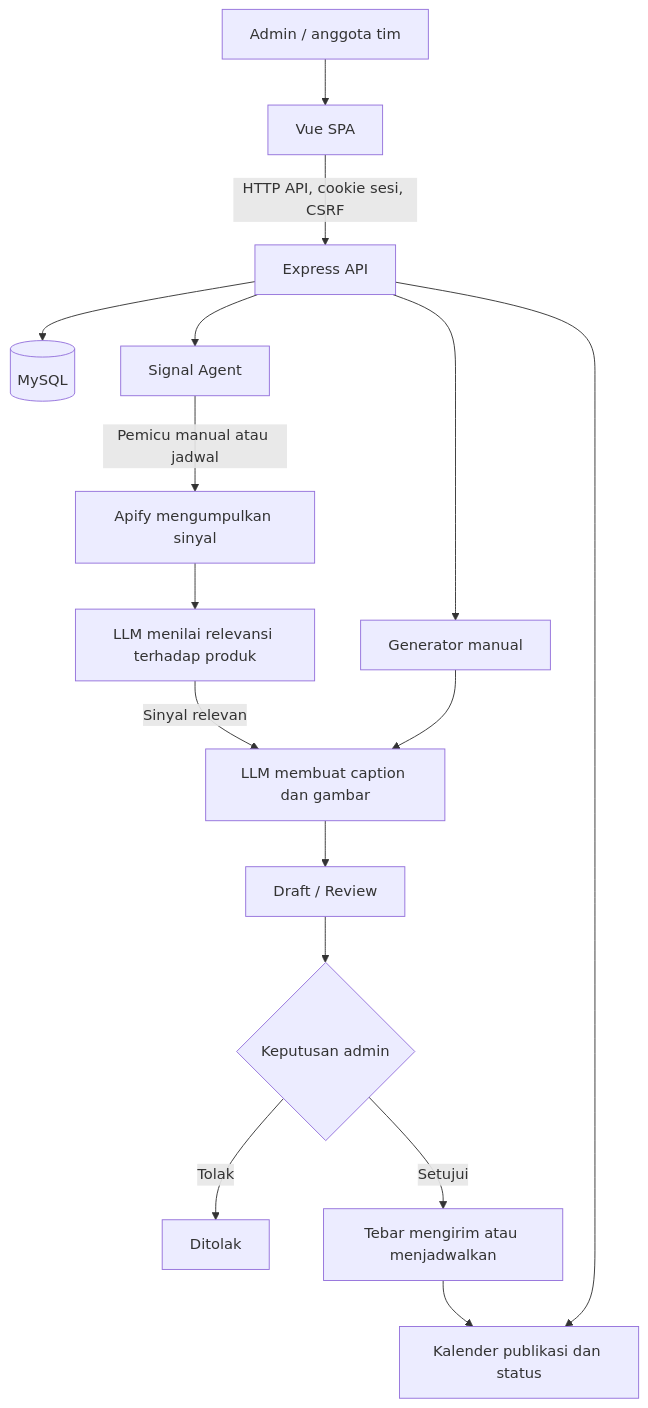
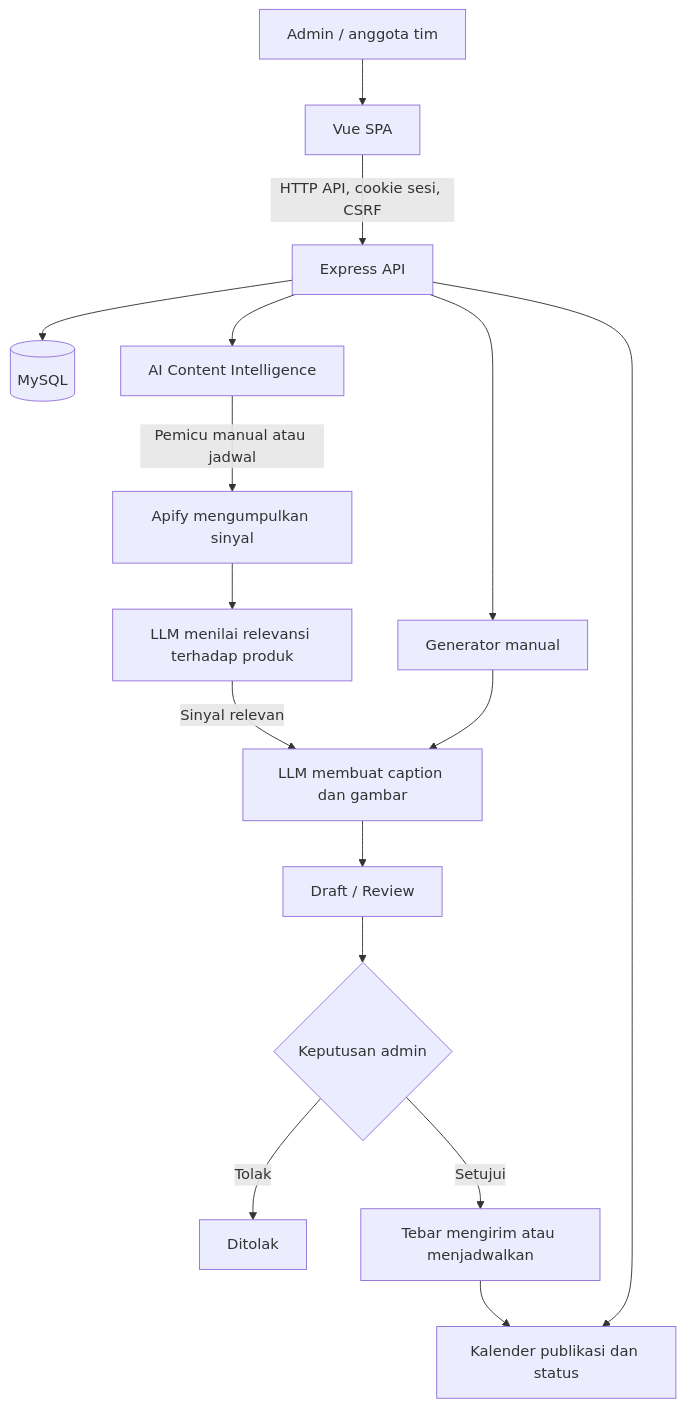
Before and after one commit to Septiodwi/Pulse-AI: the third of 5 diagrams in README.md, drawn with Mermaid. The commit also changed other lines of this file and 17 other files, not shown here.

````diff
--- a/README.md
+++ b/README.md
@@ -94,18 +94,18 @@
 ```mermaid
 flowchart TD
     U["Admin / anggota tim"] --> FE["Vue SPA"]
     FE -->|"HTTP API, cookie sesi, CSRF"| BE["Express API"]
     BE --> DB[("MySQL")]
     BE --> M["Generator manual"]
-    BE --> S["Signal Agent"]
+    BE --> S["AI Content Intelligence"]
     S -->|"Pemicu manual atau jadwal"| A["Apify mengumpulkan sinyal"]
     A --> R["LLM menilai relevansi terhadap produk"]
     R -->|"Sinyal relevan"| G["LLM membuat caption dan gambar"]
     M --> G
     G --> D["Draft / Review"]
     D --> Q{"Keputusan admin"}
     Q -->|"Tolak"| X["Ditolak"]
     Q -->|"Setujui"| T["Tebar mengirim atau menjadwalkan"]
     T --> K["Kalender publikasi dan status"]
     BE --> K
 ```
````
